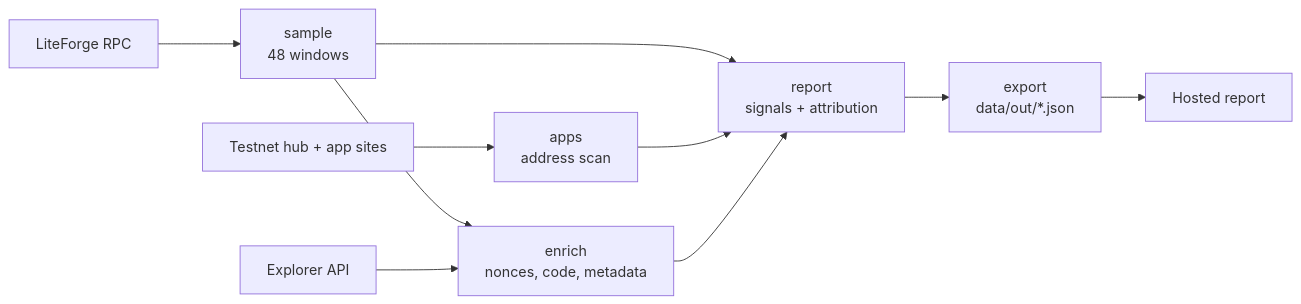
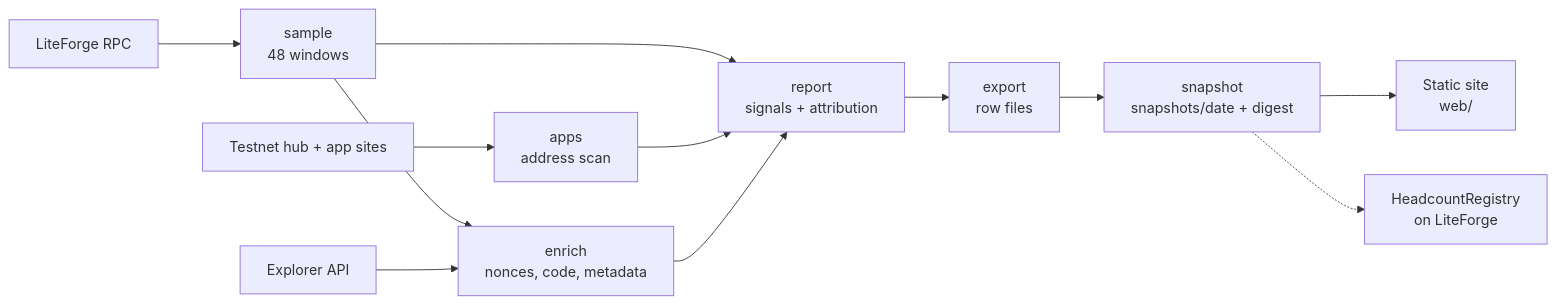
Before and after one commit to Saber1Y/headcount: the diagram in README.md, drawn with Mermaid. The commit also changed other lines of this file, not shown here.

Commit message:
Update README for the site, snapshots and registry

````diff
--- a/README.md
+++ b/README.md
@@ -113,12 +125,14 @@
 ```mermaid
 flowchart LR
     RPC[LiteForge RPC] --> S[sample<br/>48 windows]
     HUB[Testnet hub + app sites] --> A[apps<br/>address scan]
     S --> E[enrich<br/>nonces, code, metadata]
     EX[Explorer API] --> E
     S --> R[report<br/>signals + attribution]
     A --> R
     E --> R
-    R --> X[export<br/>data/out/*.json]
-    X --> P[Hosted report]
+    R --> X[export<br/>row files]
+    X --> N[snapshot<br/>snapshots/date + digest]
+    N --> W[Static site<br/>web/]
+    N -.-> C[HeadcountRegistry<br/>on LiteForge]
 ```
````
